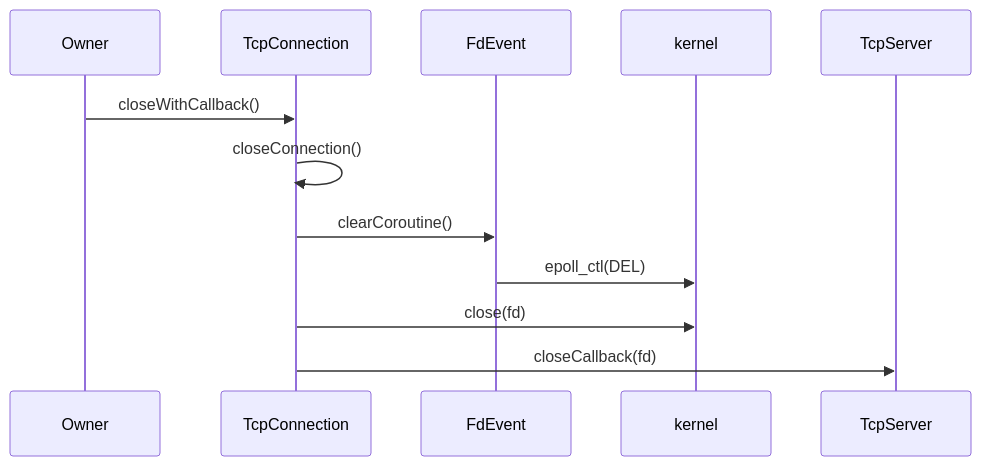
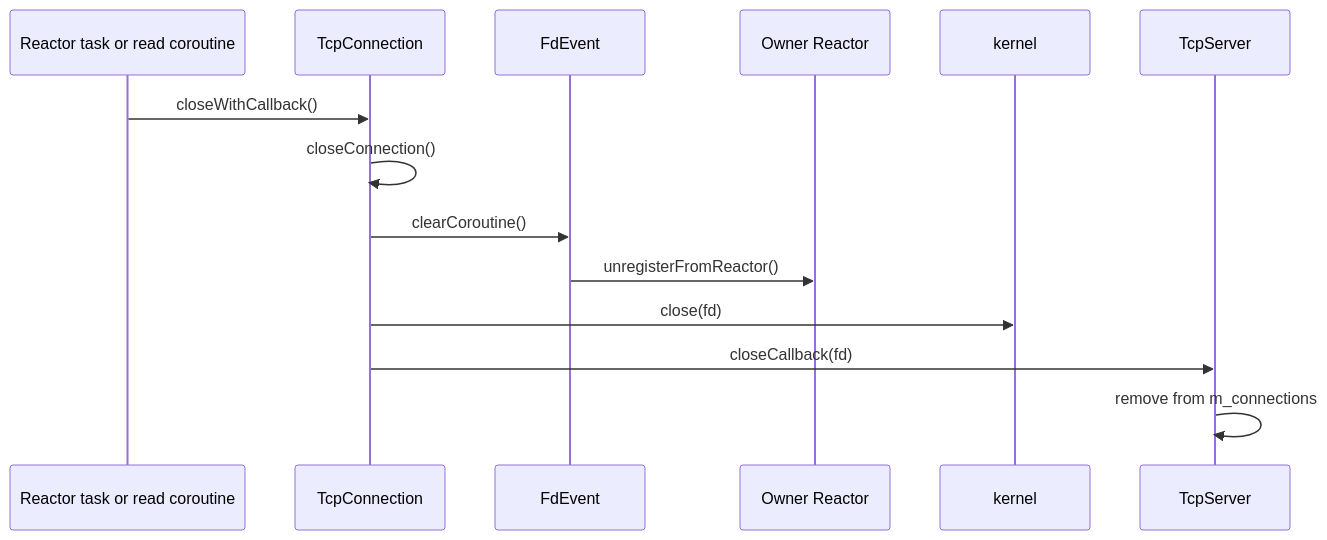
One commit to echo9923/rpc changed the fourth of 5 diagrams in docs/tcpconnection-lifetime.md. Above: the diagram before and after it, drawn with Mermaid. The commit also changed other lines of this file and 2 other files, not shown here.

Commit message:
docs(tcp): 任务五十七已完成 明确连接所有权和状态机

````diff
--- a/docs/tcpconnection-lifetime.md
+++ b/docs/tcpconnection-lifetime.md
@@ -67,15 +114,17 @@
 ```mermaid
 sequenceDiagram
-    participant Owner as Owner
-    participant Connection as TcpConnection
+    participant Owner as Reactor task or read coroutine
+    participant Conn as TcpConnection
     participant Event as FdEvent
+    participant Reactor as Owner Reactor
     participant Kernel as kernel
     participant Server as TcpServer
 
-    Owner->>Connection: closeWithCallback()
-    Connection->>Connection: closeConnection()
-    Connection->>Event: clearCoroutine()
-    Event->>Kernel: epoll_ctl(DEL)
-    Connection->>Kernel: close(fd)
-    Connection->>Server: closeCallback(fd)
+    Owner->>Conn: closeWithCallback()
+    Conn->>Conn: closeConnection()
+    Conn->>Event: clearCoroutine()
+    Event->>Reactor: unregisterFromReactor()
+    Conn->>Kernel: close(fd)
+    Conn->>Server: closeCallback(fd)
+    Server->>Server: remove from m_connections
 ```
````
